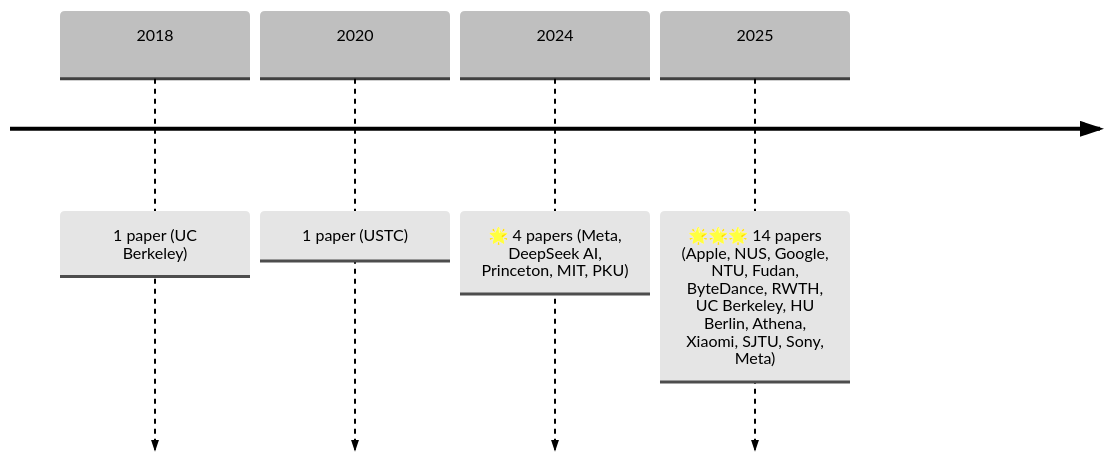
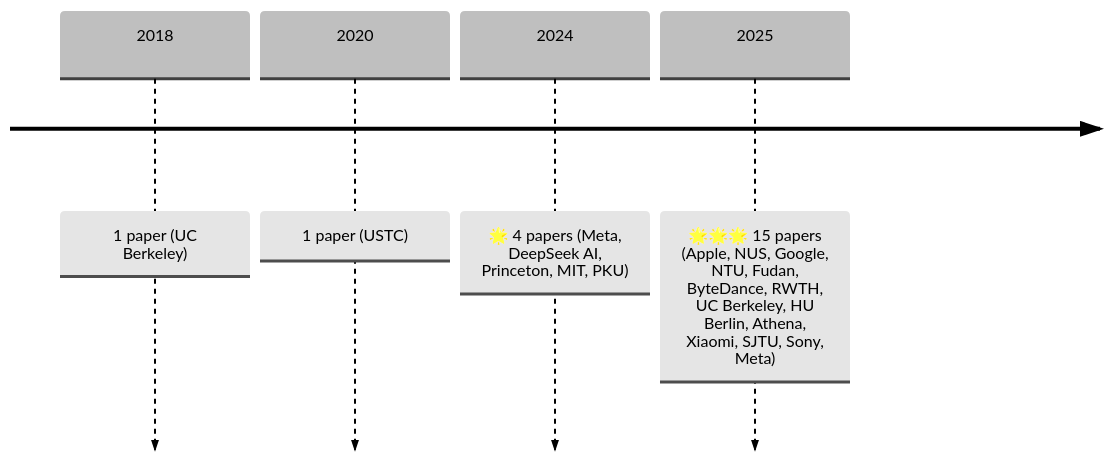
One commit to Xiaohao-Liu/Awesome-Multi-Token-Prediction changed the diagram in README.md. Above: the diagram before and after it, drawn with Mermaid. The commit also changed other lines of this file, not shown here.

Commit message:
Update paper in 2025

````diff
--- a/README.md
+++ b/README.md
@@ -10,19 +10,19 @@
 ```mermaid
 ---
 config:
   theme: base
   themeVariables:
     primaryColor: '#ffffff'
     primaryTextColor: '#000000'
     primaryBorderColor: '#ffffff'
     lineColor: '#ffffff'
     secondaryColor: '#ffffff'
     tertiaryColor: '#ffffff'
 ---
 timeline
     2018: 1 paper (UC Berkeley)
     2020: 1 paper (USTC)
     2024: 🌟 4 papers (Meta, DeepSeek AI, Princeton, MIT, PKU)
-    2025: 🌟🌟🌟 14 papers (Apple, NUS, Google, NTU, Fudan, ByteDance, RWTH, UC Berkeley, HU Berlin, Athena, Xiaomi, SJTU, Sony, Meta)
+    2025: 🌟🌟🌟 15 papers (Apple, NUS, Google, NTU, Fudan, ByteDance, RWTH, UC Berkeley, HU Berlin, Athena, Xiaomi, SJTU, Sony, Meta)
 
 ```
````
